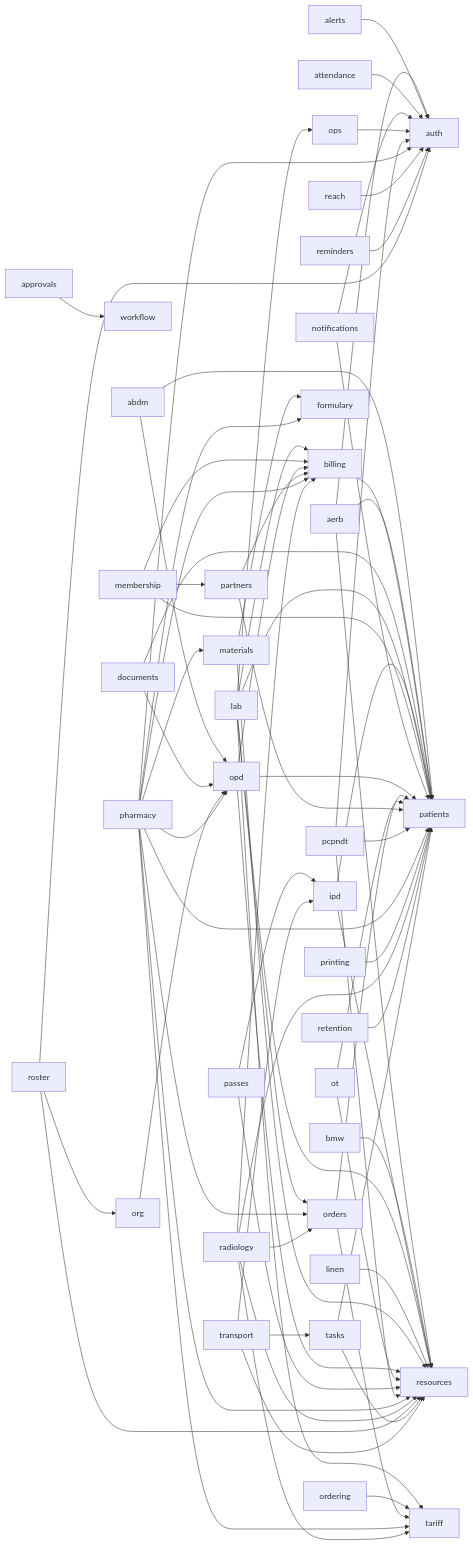
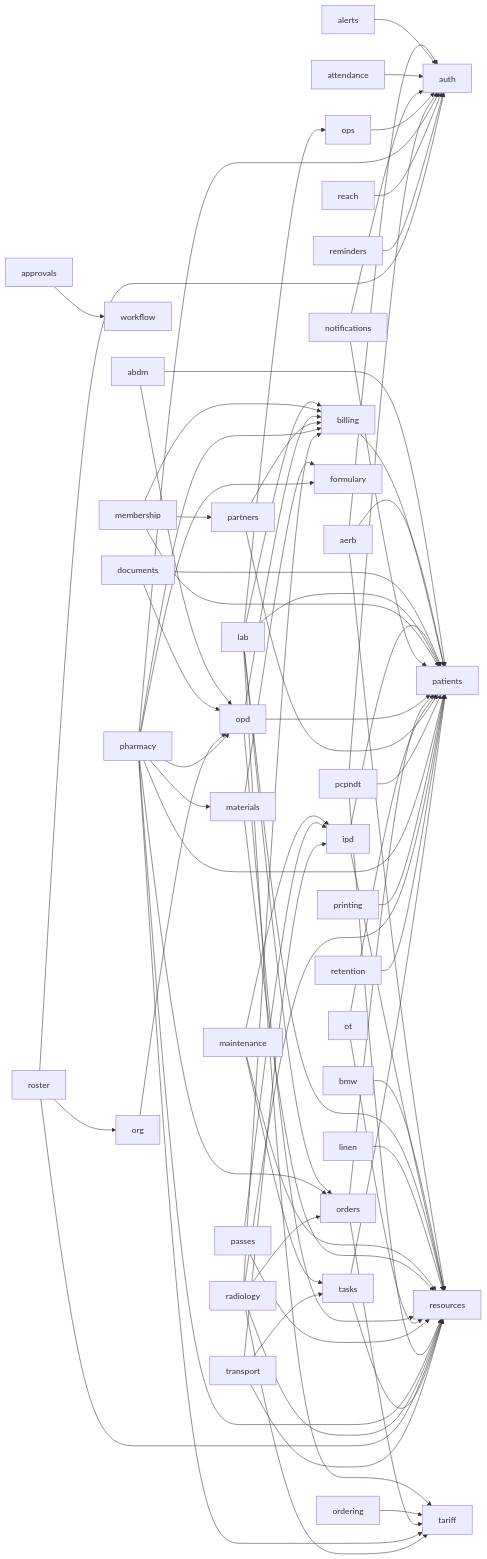
One commit to ankits3a/hims-hmis changed the diagram in docs/architecture/schema.md. Above: the diagram before and after it, drawn with Mermaid. The commit also changed other lines of this file and 5 other files, not shown here.

First line of the commit message:
docs(ipd-stage): regenerate the architecture map for the integrated tree

````diff
--- a/docs/architecture/schema.md
+++ b/docs/architecture/schema.md
@@ -13,74 +13,77 @@
 ```mermaid
 flowchart LR
   abdm[abdm] --> opd[opd]
   abdm[abdm] --> patients[patients]
   aerb[aerb] --> auth[auth]
   aerb[aerb] --> patients[patients]
   aerb[aerb] --> resources[resources]
   alerts[alerts] --> auth[auth]
   approvals[approvals] --> workflow[workflow]
   attendance[attendance] --> auth[auth]
   billing[billing] --> patients[patients]
   bmw[bmw] --> resources[resources]
   documents[documents] --> opd[opd]
   documents[documents] --> patients[patients]
   ipd[ipd] --> patients[patients]
   ipd[ipd] --> resources[resources]
   lab[lab] --> billing[billing]
   lab[lab] --> ops[ops]
   lab[lab] --> orders[orders]
   lab[lab] --> patients[patients]
   lab[lab] --> resources[resources]
   lab[lab] --> tariff[tariff]
   linen[linen] --> resources[resources]
+  maintenance[maintenance] --> ipd[ipd]
+  maintenance[maintenance] --> resources[resources]
+  maintenance[maintenance] --> tasks[tasks]
   materials[materials] --> formulary[formulary]
   materials[materials] --> resources[resources]
   membership[membership] --> billing[billing]
   membership[membership] --> partners[partners]
   membership[membership] --> patients[patients]
   notifications[notifications] --> auth[auth]
   notifications[notifications] --> patients[patients]
   opd[opd] --> billing[billing]
   opd[opd] --> patients[patients]
   opd[opd] --> resources[resources]
   ops[ops] --> auth[auth]
   ordering[ordering] --> tariff[tariff]
   orders[orders] --> patients[patients]
   orders[orders] --> tariff[tariff]
   org[org] --> opd[opd]
   ot[ot] --> patients[patients]
   ot[ot] --> resources[resources]
   partners[partners] --> billing[billing]
   partners[partners] --> patients[patients]
   passes[passes] --> ipd[ipd]
   passes[passes] --> resources[resources]
   pcpndt[pcpndt] --> auth[auth]
   pcpndt[pcpndt] --> patients[patients]
   pcpndt[pcpndt] --> resources[resources]
   pharmacy[pharmacy] --> auth[auth]
   pharmacy[pharmacy] --> billing[billing]
   pharmacy[pharmacy] --> formulary[formulary]
   pharmacy[pharmacy] --> materials[materials]
   pharmacy[pharmacy] --> opd[opd]
   pharmacy[pharmacy] --> orders[orders]
   pharmacy[pharmacy] --> patients[patients]
   pharmacy[pharmacy] --> resources[resources]
   pharmacy[pharmacy] --> tariff[tariff]
   printing[printing] --> patients[patients]
   radiology[radiology] --> billing[billing]
   radiology[radiology] --> orders[orders]
   radiology[radiology] --> patients[patients]
   radiology[radiology] --> resources[resources]
   radiology[radiology] --> tariff[tariff]
   reach[reach] --> auth[auth]
   reminders[reminders] --> auth[auth]
   retention[retention] --> patients[patients]
   roster[roster] --> auth[auth]
   roster[roster] --> org[org]
   roster[roster] --> resources[resources]
   tasks[tasks] --> patients[patients]
   tasks[tasks] --> resources[resources]
   transport[transport] --> ipd[ipd]
   transport[transport] --> resources[resources]
   transport[transport] --> tasks[tasks]
 ```
````
